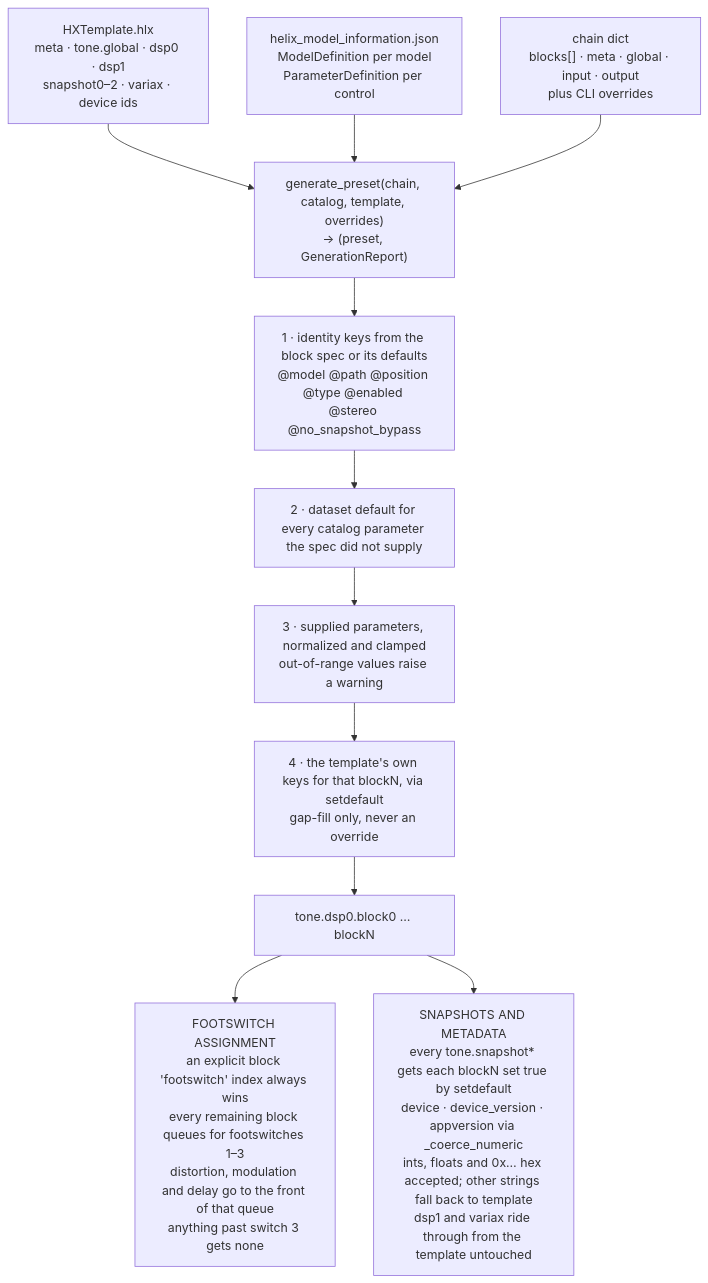
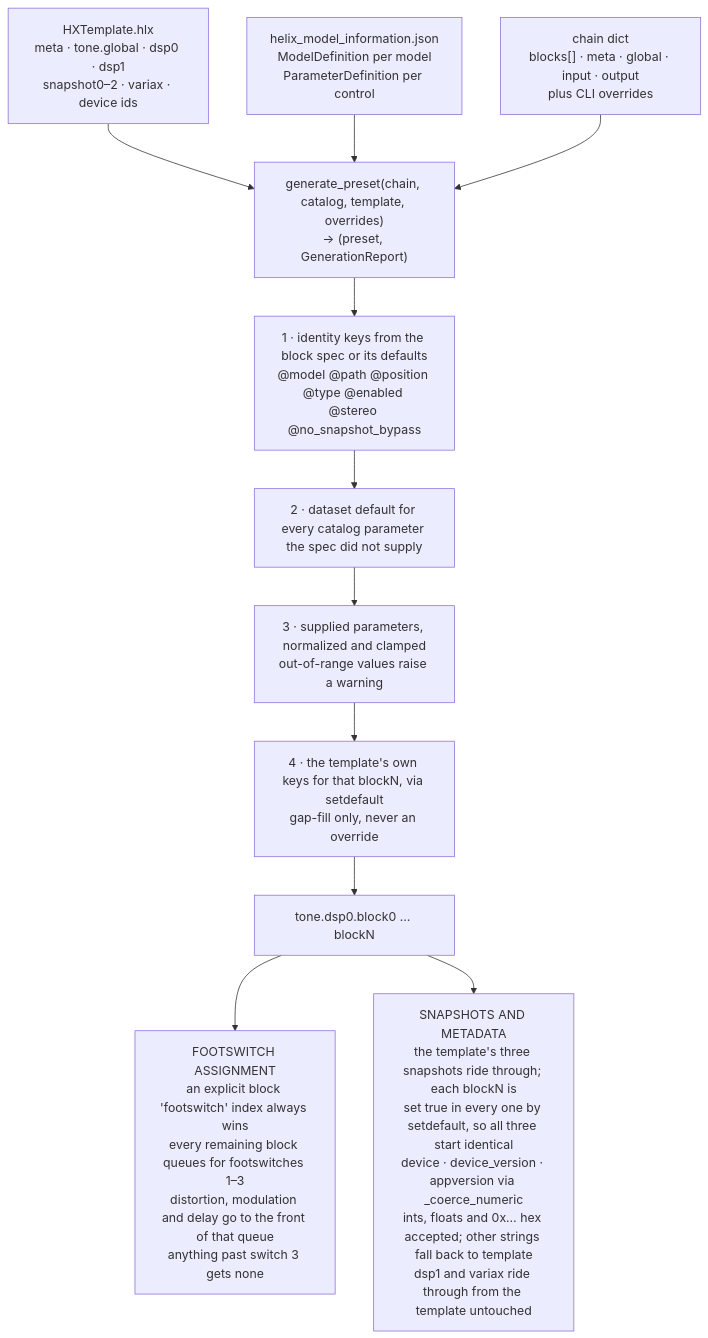
Before and after one commit to ORogers/HelixGen: the third of 5 diagrams in docs/application_flow.md, drawn with Mermaid. The commit also changed other lines of this file and 2 other files, not shown here.

First line of the commit message:
Say what happens to snapshots

````diff
--- a/docs/application_flow.md
+++ b/docs/application_flow.md
@@ -139,16 +139,16 @@
 ```mermaid
 flowchart TD
     tpl["HXTemplate.hlx<br>meta · tone.global · dsp0 · dsp1<br>snapshot0–2 · variax · device ids"] --> gp
     cat["helix_model_information.json<br>ModelDefinition per model<br>ParameterDefinition per control"] --> gp
     chain["chain dict<br>blocks[] · meta · global · input · output<br>plus CLI overrides"] --> gp
 
     gp["generate_preset(chain, catalog, template, overrides)<br>→ (preset, GenerationReport)"]
     gp --> l1["1 · identity keys from the block spec or its defaults<br>@model @path @position @type @enabled @stereo @no_snapshot_bypass"]
     l1 --> l2["2 · dataset default for every catalog parameter the spec did not supply"]
     l2 --> l3["3 · supplied parameters, normalized and clamped<br>out-of-range values raise a warning"]
     l3 --> l4["4 · the template's own keys for that blockN, via setdefault<br>gap-fill only, never an override"]
     l4 --> payload["tone.dsp0.block0 … blockN"]
 
     payload --> fs["FOOTSWITCH ASSIGNMENT<br>an explicit block 'footswitch' index always wins<br>every remaining block queues for footswitches 1–3<br>distortion, modulation and delay go to the front of that queue<br>anything past switch 3 gets none"]
-    payload --> sn["SNAPSHOTS AND METADATA<br>every tone.snapshot* gets each blockN set true by setdefault<br>device · device_version · appversion via _coerce_numeric<br>ints, floats and 0x… hex accepted; other strings fall back to template<br>dsp1 and variax ride through from the template untouched"]
+    payload --> sn["SNAPSHOTS AND METADATA<br>the template's three snapshots ride through; each blockN is<br>set true in every one by setdefault, so all three start identical<br>device · device_version · appversion via _coerce_numeric<br>ints, floats and 0x… hex accepted; other strings fall back to template<br>dsp1 and variax ride through from the template untouched"]
 ```
````
